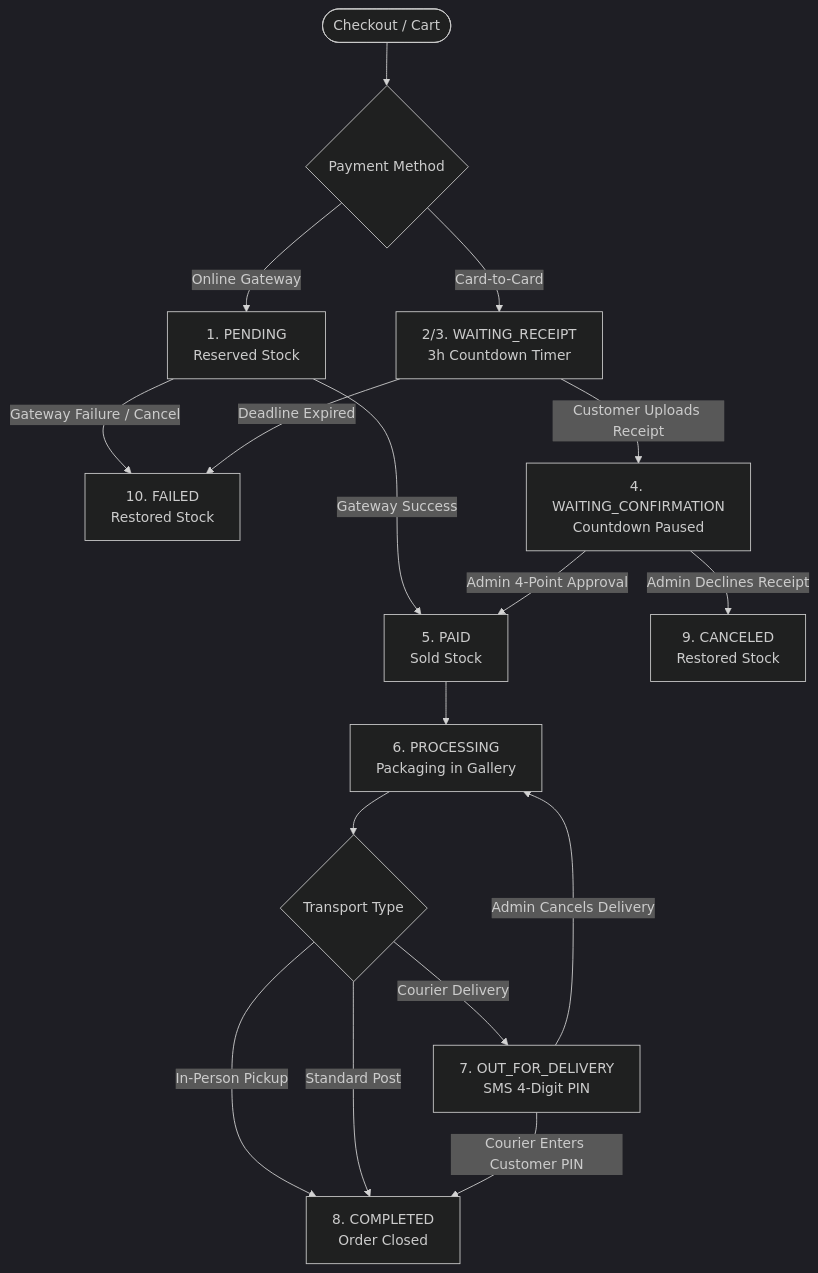
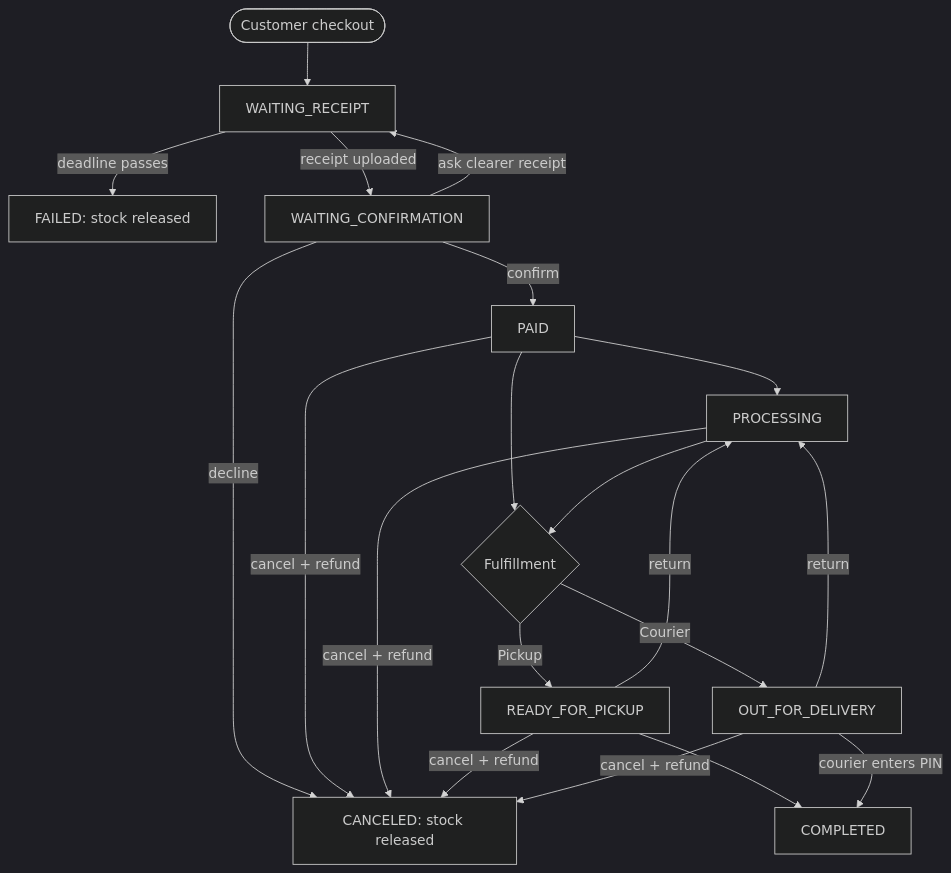
Before and after one commit to PhoenixTech/gold: the diagram in docs/invoice-flow.md, drawn with Mermaid (dark theme). The commit also changed other lines of this file and 27 other files, not shown here.

Commit message:
feat(order): simpler invoice edit for admin

````diff
--- a/docs/invoice-flow.md
+++ b/docs/invoice-flow.md
@@ -67,29 +51,22 @@
 ```mermaid
 flowchart TD
-    Checkout([Checkout / Cart]) --> PaymentChoice{Payment Method}
-    
-    %% Online Flow
-    PaymentChoice -- Online Gateway --> Pending[1. PENDING\nReserved Stock]
-    Pending -- Gateway Success --> Paid[5. PAID\nSold Stock]
-    Pending -- Gateway Failure / Cancel --> Failed[10. FAILED\nRestored Stock]
-    
-    %% Offline Flow
-    PaymentChoice -- Card-to-Card --> WaitingReceipt[2/3. WAITING_RECEIPT\n3h Countdown Timer]
-    WaitingReceipt -- Deadline Expired --> Failed
-    WaitingReceipt -- Customer Uploads Receipt --> WaitingConfirmation[4. WAITING_CONFIRMATION\nCountdown Paused]
-    
-    %% Admin Review
-    WaitingConfirmation -- Admin Declines Receipt --> Canceled[9. CANCELED\nRestored Stock]
-    WaitingConfirmation -- Admin 4-Point Approval --> Paid
-    
-    %% Fulfillment Flow
-    Paid --> Processing[6. PROCESSING\nPackaging in Gallery]
-    
-    Processing --> TransportChoice{Transport Type}
-    TransportChoice -- In-Person Pickup --> Completed[8. COMPLETED\nOrder Closed]
-    TransportChoice -- Standard Post --> Completed
-    TransportChoice -- Courier Delivery --> OutForDelivery[7. OUT_FOR_DELIVERY\nSMS 4-Digit PIN]
-    
-    OutForDelivery -- Courier Enters Customer PIN --> Completed
-    OutForDelivery -- Admin Cancels Delivery --> Processing
+    Checkout([Customer checkout]) --> WR[WAITING_RECEIPT]
+    WR -- deadline passes --> Failed[FAILED: stock released]
+    WR -- receipt uploaded --> WC[WAITING_CONFIRMATION]
+    WC -- ask clearer receipt --> WR
+    WC -- decline --> Canceled[CANCELED: stock released]
+    WC -- confirm --> Paid[PAID]
+    Paid --> Processing[PROCESSING]
+    Paid --> Type{Fulfillment}
+    Processing --> Type
+    Type -- Pickup --> Ready[READY_FOR_PICKUP]
+    Type -- Courier --> Out[OUT_FOR_DELIVERY]
+    Ready --> Completed[COMPLETED]
+    Out -- courier enters PIN --> Completed
+    Ready -- return --> Processing
+    Out -- return --> Processing
+    Paid -- cancel + refund --> Canceled
+    Processing -- cancel + refund --> Canceled
+    Ready -- cancel + refund --> Canceled
+    Out -- cancel + refund --> Canceled
 ```
````
